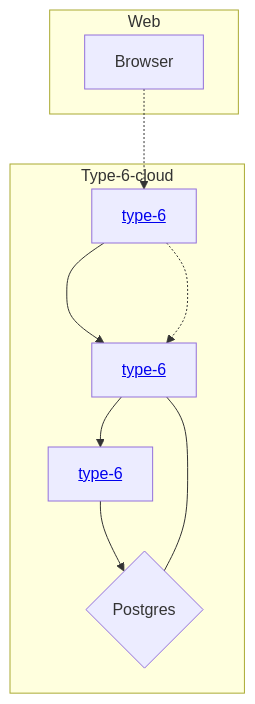
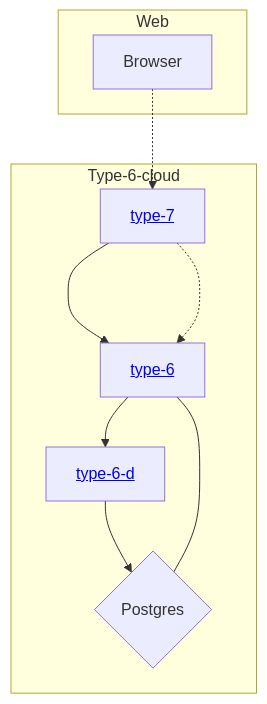
One commit to timattt/TypeSixCloud changed the diagram in Readme.md. Above: the diagram before and after it, drawn with Mermaid.

````diff
--- a/Readme.md
+++ b/Readme.md
@@ -7,13 +7,13 @@
 ```mermaid
 graph TD;
  subgraph Type-6-cloud
     type-6[<a href='https://github.com/timattt/TypeSix'>type-6</a>] --> type-6-d;
-    type-7[<a href='https://github.com/timattt/TypeSeven'>type-6</a>] ---> type-6;
+    type-7[<a href='https://github.com/timattt/TypeSeven'>type-7</a>] ---> type-6;
     type-7 -.-> type-6;
     di{Postgres} --- type-6;
-    type-6-d[<a href='https://github.com/timattt/TypeSixD'>type-6</a>] --> di{Postgres};
+    type-6-d[<a href='https://github.com/timattt/TypeSixD'>type-6-d</a>] --> di{Postgres};
  end
  subgraph Web
    Browser -.-> type-7
  end
 ```
````
